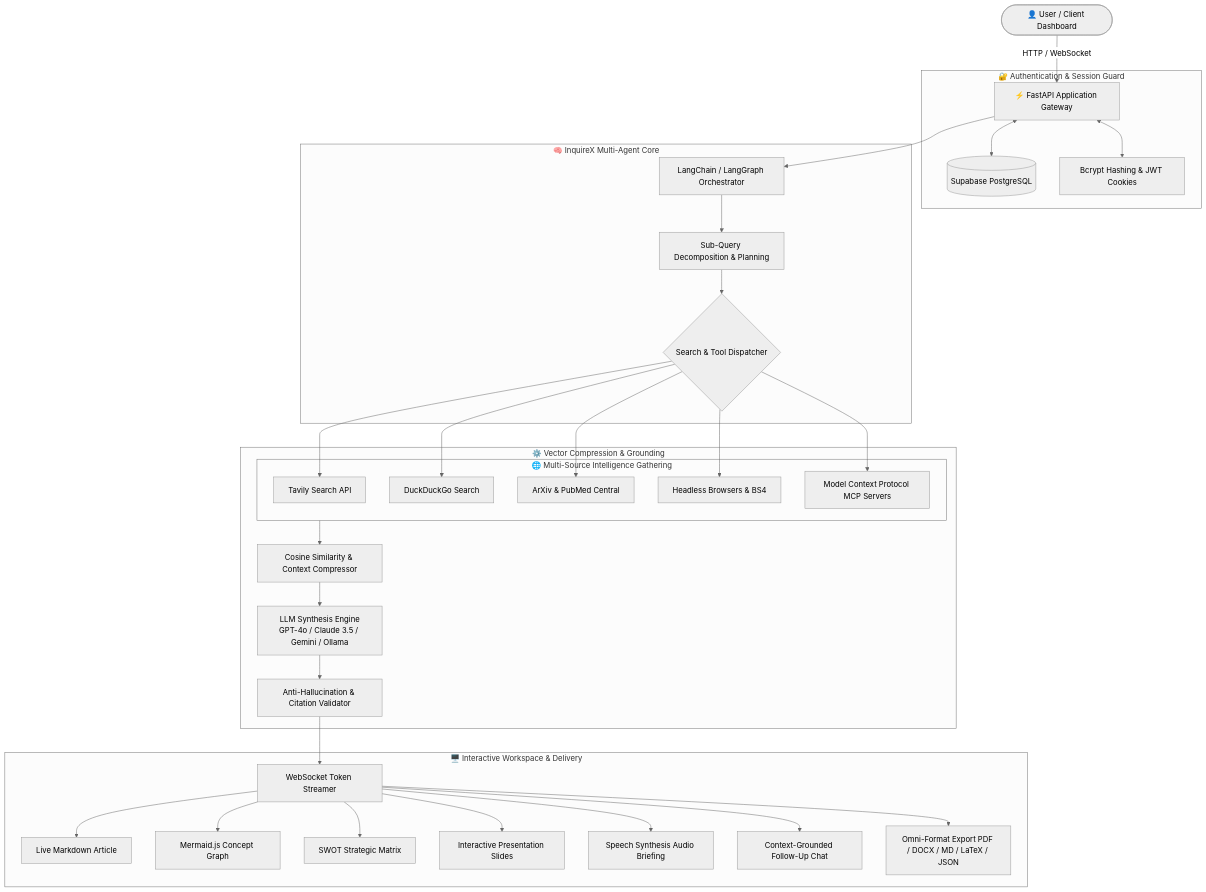
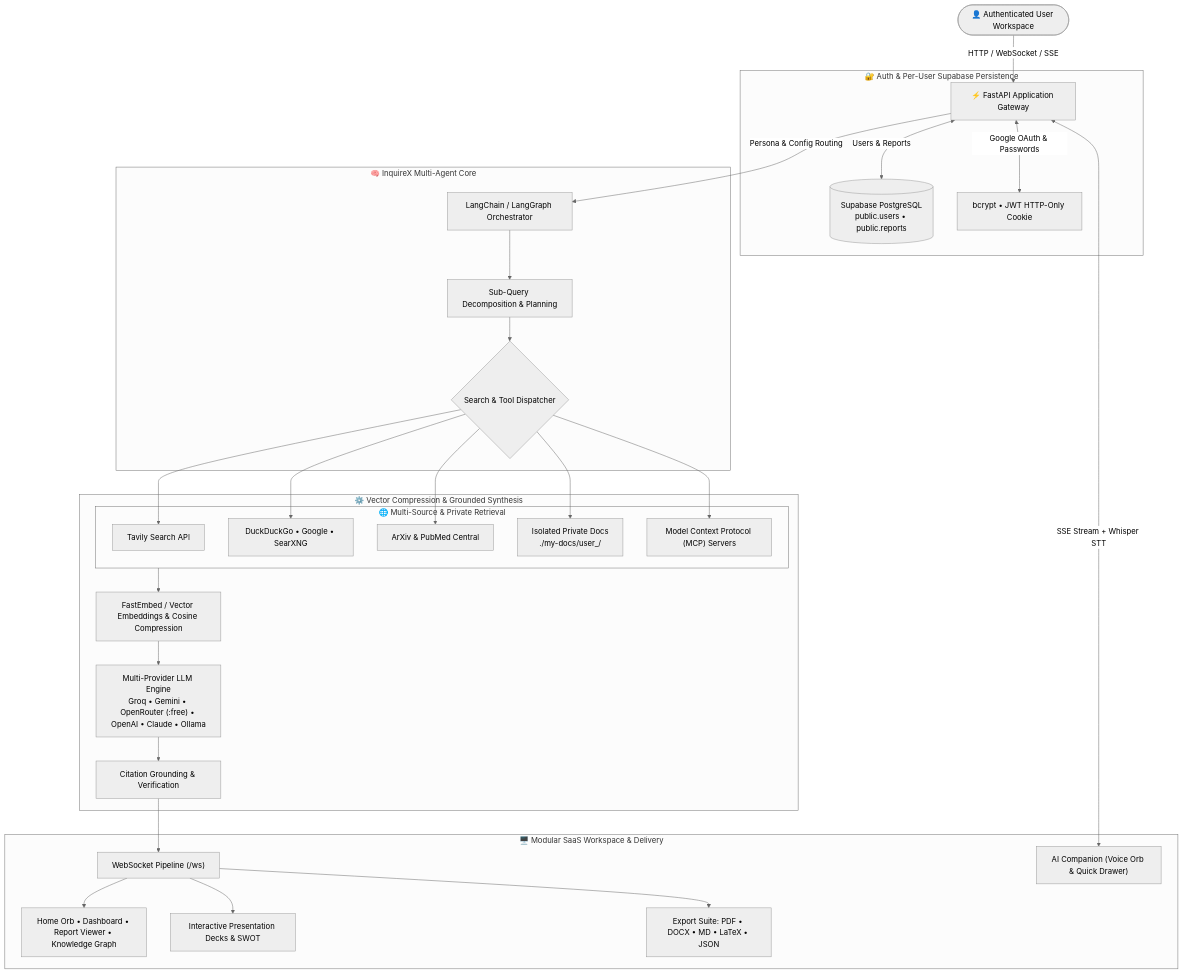
One commit to BhaskaraRao-Aerupilli/InquireX changed the diagram in README.md. Above: the diagram before and after it, drawn with Mermaid (neutral theme). The commit also changed other lines of this file and 1 other file, not shown here.

Commit message:
docs: refresh README features, architecture, env vars, Supabase setup, and UI hero screenshot

````diff
--- a/README.md
+++ b/README.md
@@ -131,40 +133,37 @@
 ```mermaid
 flowchart TD
-    User([👤 User / Client Dashboard]) -->|HTTP / WebSocket| Gateway[⚡ FastAPI Application Gateway]
-    
-    subgraph Auth [🔐 Authentication & Session Guard]
-        Gateway <--> Supabase[(Supabase PostgreSQL)]
-        Gateway <--> JWT[Bcrypt Hashing & JWT Cookies]
+    User(["👤 Authenticated User Workspace"]) -->|"HTTP / WebSocket / SSE"| Gateway["⚡ FastAPI Application Gateway"]
+
+    subgraph Auth ["🔐 Auth & Per-User Supabase Persistence"]
+        Gateway <-->|"Users & Reports"| Supabase[("Supabase PostgreSQL\npublic.users • public.reports")]
+        Gateway <-->|"Google OAuth & Passwords"| JWT["bcrypt • JWT HTTP-Only Cookie"]
     end
 
-    subgraph AgenticCore [🧠 InquireX Multi-Agent Core]
-        Gateway --> Orchestrator[LangChain / LangGraph Orchestrator]
-        Orchestrator --> Planner[Sub-Query Decomposition & Planning]
-        Planner --> Dispatcher{Search & Tool Dispatcher}
+    subgraph AgenticCore ["🧠 InquireX Multi-Agent Core"]
+        Gateway -->|"Persona & Config Routing"| Orchestrator["LangChain / LangGraph Orchestrator"]
+        Orchestrator --> Planner["Sub-Query Decomposition & Planning"]
+        Planner --> Dispatcher{"Search & Tool Dispatcher"}
     end
 
-    subgraph Retrieval [🌐 Multi-Source Intelligence Gathering]
-        Dispatcher --> Tavily[Tavily Search API]
-        Dispatcher --> DDG[DuckDuckGo Search]
-        Dispatcher --> Academic[ArXiv & PubMed Central]
-        Dispatcher --> Scrapers[Headless Browsers & BS4]
-        Dispatcher --> MCP[Model Context Protocol MCP Servers]
+    subgraph Retrieval ["🌐 Multi-Source & Private Retrieval"]
+        Dispatcher --> Tavily["Tavily Search API"]
+        Dispatcher --> DDG["DuckDuckGo • Google • SearXNG"]
+        Dispatcher --> Academic["ArXiv & PubMed Central"]
+        Dispatcher --> UserDocs["Isolated Private Docs\n./my-docs/user_<id>/"]
+        Dispatcher --> MCP["Model Context Protocol (MCP) Servers"]
     end
 
-    subgraph VectorEngine [⚙️ Vector Compression & Grounding]
-        Retrieval --> VectorFilter[Cosine Similarity & Context Compressor]
-        VectorFilter --> LLMEngine[LLM Synthesis Engine\nGPT-4o / Claude 3.5 / Gemini / Ollama]
-        LLMEngine --> AntiHallucination[Anti-Hallucination & Citation Validator]
+    subgraph VectorEngine ["⚙️ Vector Compression & Grounded Synthesis"]
+        Retrieval --> VectorFilter["FastEmbed / Vector Embeddings & Cosine Compression"]
+        VectorFilter --> LLMEngine["Multi-Provider LLM Engine\nGroq • Gemini • OpenRouter (:free) • OpenAI • Claude • Ollama"]
+        LLMEngine --> AntiHallucination["Citation Grounding & Verification"]
     end
 
-    subgraph PresentationTier [🖥️ Interactive Workspace & Delivery]
-        AntiHallucination --> Streamer[WebSocket Token Streamer]
-        Streamer --> LiveReport[Live Markdown Article]
-        Streamer --> MindMap[Mermaid.js Concept Graph]
-        Streamer --> SWOT[SWOT Strategic Matrix]
-        Streamer --> SlideDeck[Interactive Presentation Slides]
-        Streamer --> AudioBrief[Speech Synthesis Audio Briefing]
-        Streamer --> ChatAgent[Context-Grounded Follow-Up Chat]
-        Streamer --> Exporters[Omni-Format Export PDF / DOCX / MD / LaTeX / JSON]
+    subgraph PresentationTier ["🖥️ Modular SaaS Workspace & Delivery"]
+        AntiHallucination --> Streamer["WebSocket Pipeline (/ws)"]
+        Streamer --> Views["Home Orb • Dashboard • Report Viewer • Knowledge Graph"]
+        Streamer --> SlideDeck["Interactive Presentation Decks & SWOT"]
+        Streamer --> Exporters["Export Suite: PDF • DOCX • MD • LaTeX • JSON"]
+        Gateway <-->|"SSE Stream + Whisper STT"| Companion["AI Companion (Voice Orb & Quick Drawer)"]
     end
 ```
````
